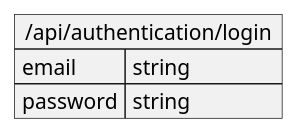
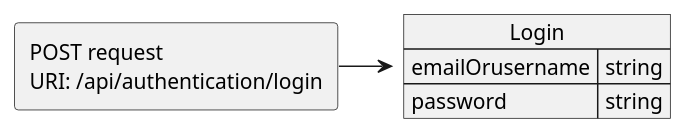
Before and after one commit to JKMN-Projects/TeamTactics: the diagram in docs/JSON Contracts/Requests/Login.puml, drawn with PlantUML. The commit also changed 20 other files, not shown here.

```diff
--- a/docs/JSON Contracts/Requests/Login.puml
+++ b/docs/JSON Contracts/Requests/Login.puml
@@ -1,8 +1,11 @@
-@startuml Login Request
+@startuml Login request
+allowmixing
 
- json "/api/authentication/login" as loginRequest {
-    "email": "string",
+agent "POST request \nURI: /api/authentication/login"
+  json "Login" as J {
+    "emailOrusername": "string",
     "password": "string"
-}
+  }
 
+"POST request \nURI: /api/authentication/login" -> J 
 @enduml
```
